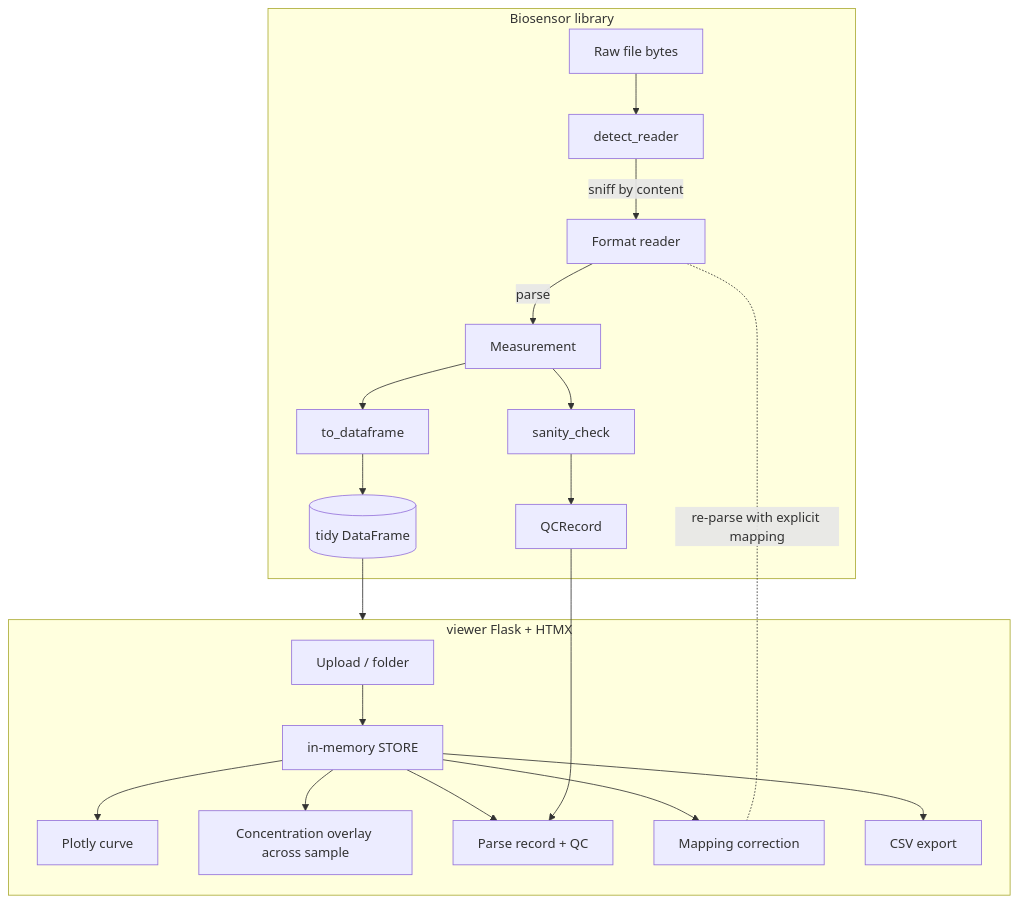
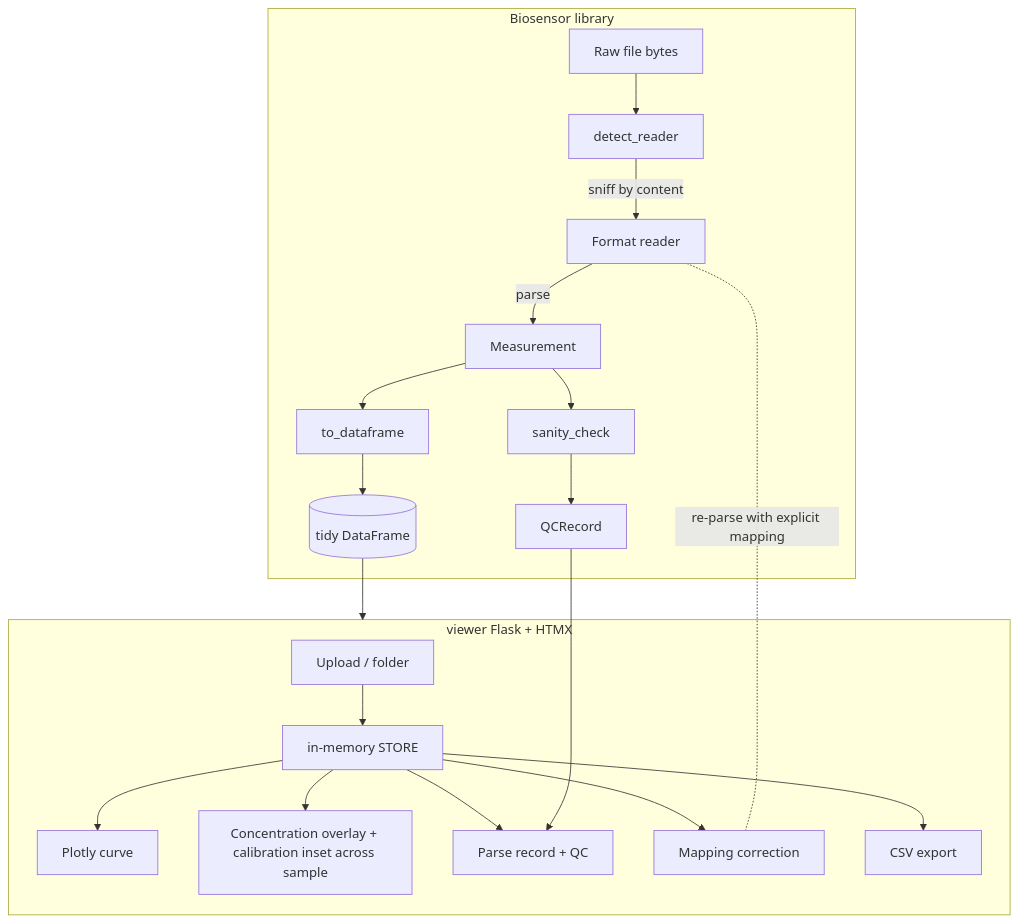
One commit to shehuphd/biosensor changed the diagram in ARCHITECTURE.md. Above: the diagram before and after it, drawn with Mermaid. The commit also changed other lines of this file and 13 other files, not shown here.

Commit message:
Add calibration inset to the Overlay tab; release 1.3.0

````diff
--- a/ARCHITECTURE.md
+++ b/ARCHITECTURE.md
@@ -9,25 +9,25 @@
 ```mermaid
 flowchart TD
     subgraph lib[Biosensor library]
         raw[Raw file bytes] --> detect[detect_reader]
         detect -->|sniff by content| reader[Format reader]
         reader -->|parse| meas[Measurement]
         meas --> qc[sanity_check]
         qc --> qcrec[QCRecord]
         meas --> tdf[to_dataframe]
         tdf --> frame[(tidy DataFrame)]
     end
 
     subgraph app[viewer Flask + HTMX]
         upload[Upload / folder] --> store[in-memory STORE]
         store --> plot[Plotly curve]
-        store --> overlay[Concentration overlay across sample]
+        store --> overlay[Concentration overlay + calibration inset across sample]
         store --> record[Parse record + QC]
         store --> mapfix[Mapping correction]
         store --> export[CSV export]
     end
 
     frame --> app
     qcrec --> record
     reader -. re-parse with explicit mapping .- mapfix
 ```
````
